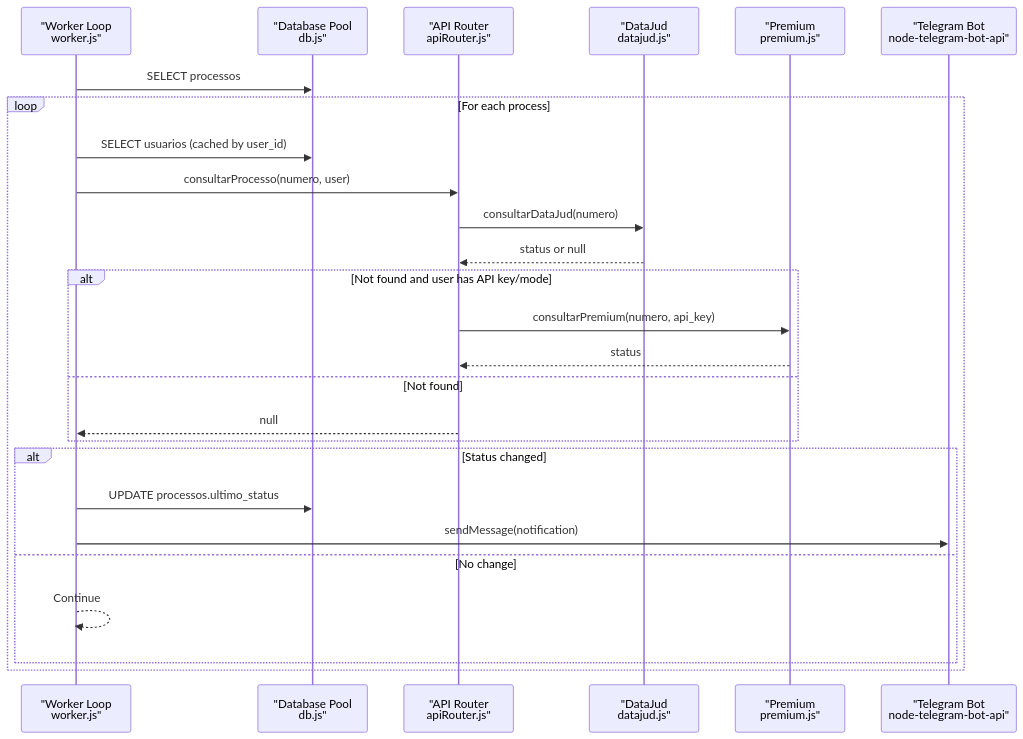
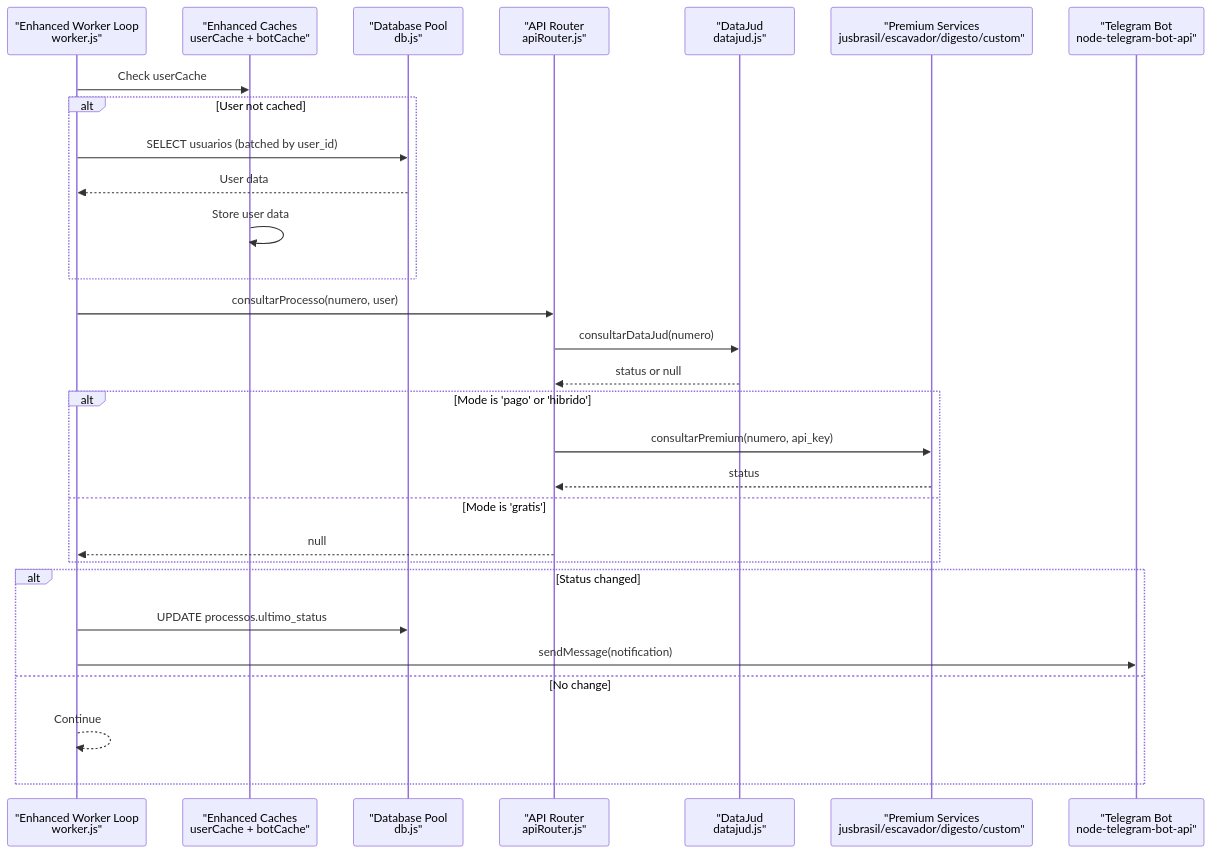
Before and after one commit to Alexandrexicara/bot-processos: the second of 7 diagrams in .qoder/repowiki/en/content/Background Worker System.md, drawn with Mermaid. The commit also changed other lines of this file and 10 other files, not shown here.

````diff
--- a/.qoder/repowiki/en/content/Background Worker System.md
+++ b/.qoder/repowiki/en/content/Background Worker System.md
@@ -90,28 +115,31 @@
 ```mermaid
 sequenceDiagram
-participant Cron as "Worker Loop<br/>worker.js"
+participant Cron as "Enhanced Worker Loop<br/>worker.js"
+participant Cache as "Enhanced Caches<br/>userCache + botCache"
 participant DB as "Database Pool<br/>db.js"
 participant API as "API Router<br/>apiRouter.js"
 participant Free as "DataJud<br/>datajud.js"
-participant Paid as "Premium<br/>premium.js"
+participant Paid as "Premium Services<br/>jusbrasil/escavador/digesto/custom"
 participant Bot as "Telegram Bot<br/>node-telegram-bot-api"
-Cron->>DB : SELECT processos
-loop For each process
-Cron->>DB : SELECT usuarios (cached by user_id)
+Cron->>Cache : Check userCache
+alt User not cached
+Cron->>DB : SELECT usuarios (batched by user_id)
+DB-->>Cron : User data
+Cache->>Cache : Store user data
+end
 Cron->>API : consultarProcesso(numero, user)
 API->>Free : consultarDataJud(numero)
 Free-->>API : status or null
-alt Not found and user has API key/mode
+alt Mode is 'pago' or 'hibrido'
 API->>Paid : consultarPremium(numero, api_key)
 Paid-->>API : status
-else Not found
+else Mode is 'gratis'
 API-->>Cron : null
 end
 alt Status changed
 Cron->>DB : UPDATE processos.ultimo_status
 Cron->>Bot : sendMessage(notification)
 else No change
 Cron-->>Cron : Continue
 end
-end
 ```
````
